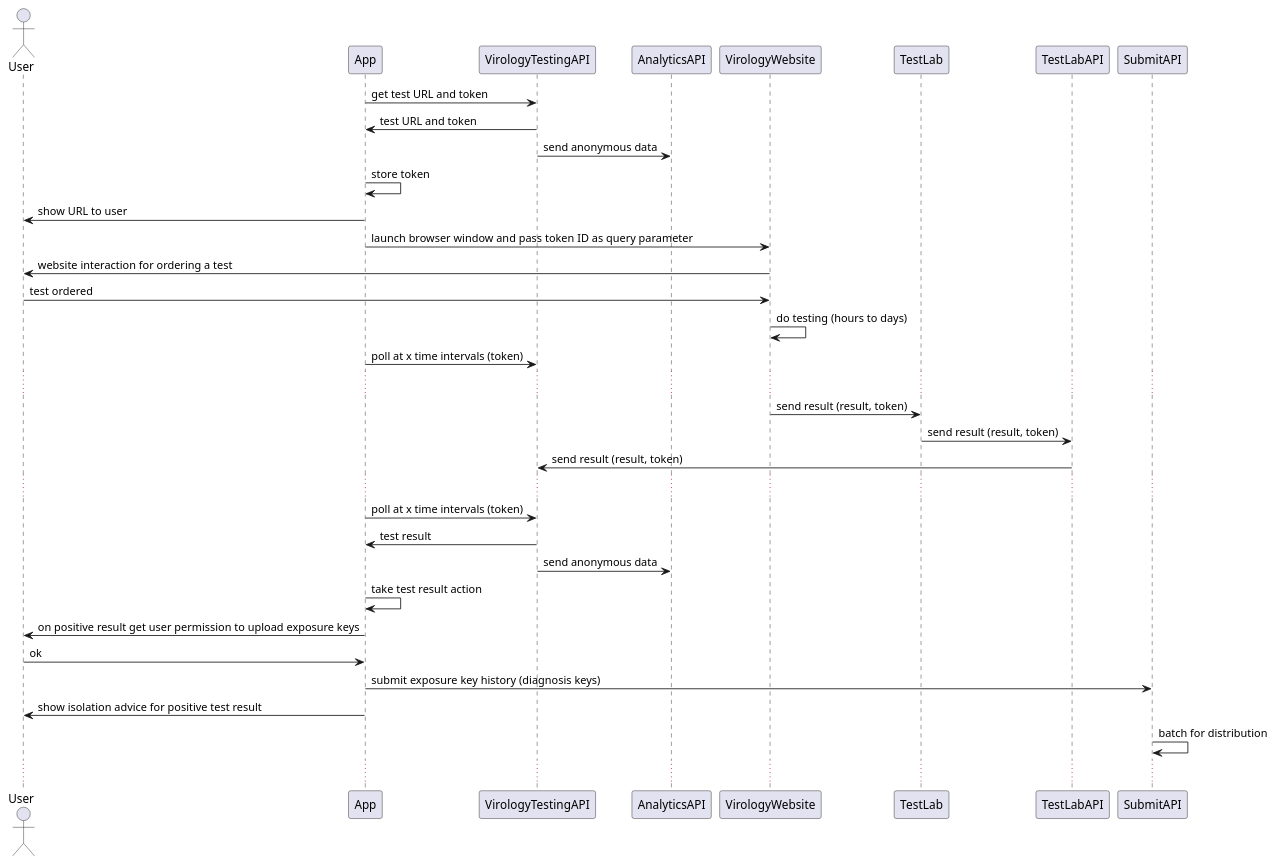
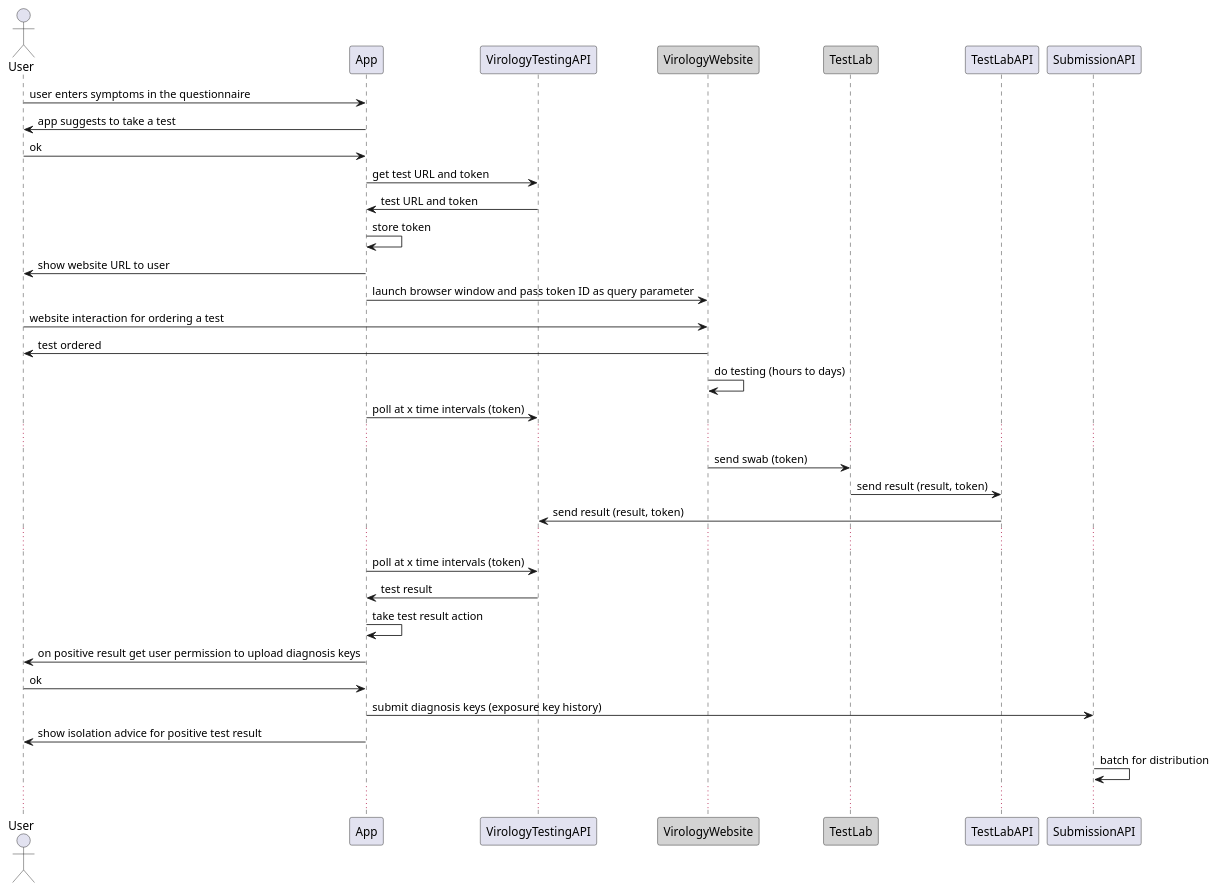
Before and after one commit to ukhsa-collaboration/covid19-app-system-public: the diagram in doc/architecture/diagrams/plant-uml/sys-flow-virology-testing.puml, drawn with PlantUML. The commit also changed 445 other files, not shown here.

```diff
--- a/doc/architecture/diagrams/plant-uml/sys-flow-virology-testing.puml
+++ b/doc/architecture/diagrams/plant-uml/sys-flow-virology-testing.puml
@@ -1,38 +1,43 @@
 @startuml system-flow_virology-testing
 
 Actor User
 
+
+User -> App : user enters symptoms in the questionnaire
+App -> User : app suggests to take a test 
+User -> App : ok
 App -> VirologyTestingAPI: get test URL and token
 App <- VirologyTestingAPI: test URL and token
-VirologyTestingAPI -> AnalyticsAPI: send anonymous data
 App -> App: store token
 
 
-App -> User: show URL to user
+App -> User: show website URL to user
+Participant VirologyWebsite #LightGrey
+
 App -> VirologyWebsite: launch browser window and pass token ID as query parameter
-User <- VirologyWebsite: website interaction for ordering a test
-User -> VirologyWebsite: test ordered 
+User -> VirologyWebsite: website interaction for ordering a test
+User <- VirologyWebsite: test ordered 
 VirologyWebsite -> VirologyWebsite: do testing (hours to days)
 App -> VirologyTestingAPI: poll at x time intervals (token)
 ...
-VirologyWebsite -> TestLab: send result (result, token)
+Participant TestLab #LightGrey
+VirologyWebsite -> TestLab: send swab (token)
 TestLab -> TestLabAPI: send result (result, token)
 
 TestLabAPI->VirologyTestingAPI: send result (result, token)
 ...
 App -> VirologyTestingAPI: poll at x time intervals (token)
 App <- VirologyTestingAPI: test result 
-VirologyTestingAPI -> AnalyticsAPI: send anonymous data
 
 App->App: take test result action
-App->User: on positive result get user permission to upload exposure keys
+App->User: on positive result get user permission to upload diagnosis keys
 User->App: ok
 
-App->SubmitAPI: submit exposure key history (diagnosis keys)
+App->SubmissionAPI: submit diagnosis keys (exposure key history)
 User<-App: show isolation advice for positive test result
-SubmitAPI -> SubmitAPI: batch for distribution
+SubmissionAPI -> SubmissionAPI: batch for distribution
 ...
 
 
 
 @enduml
```
